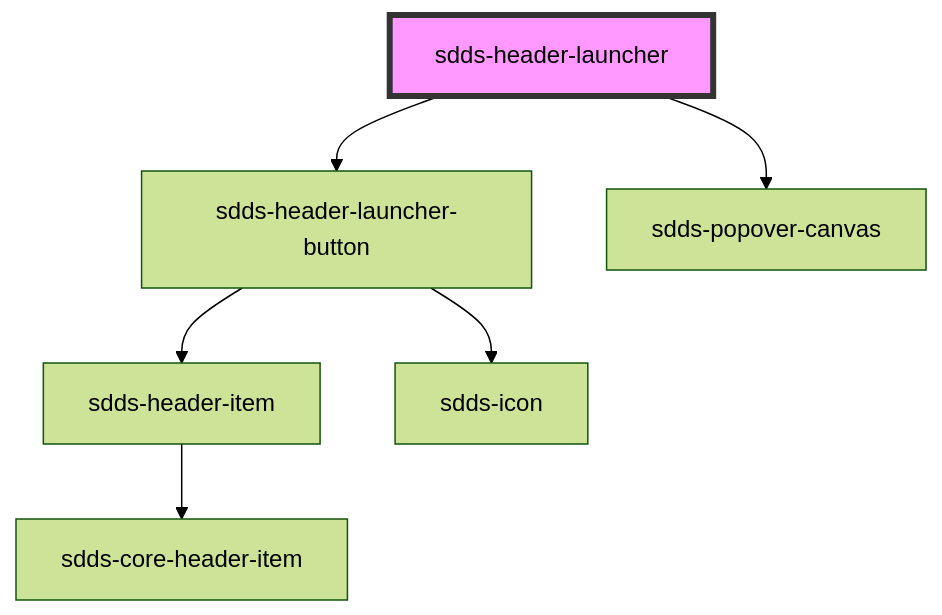
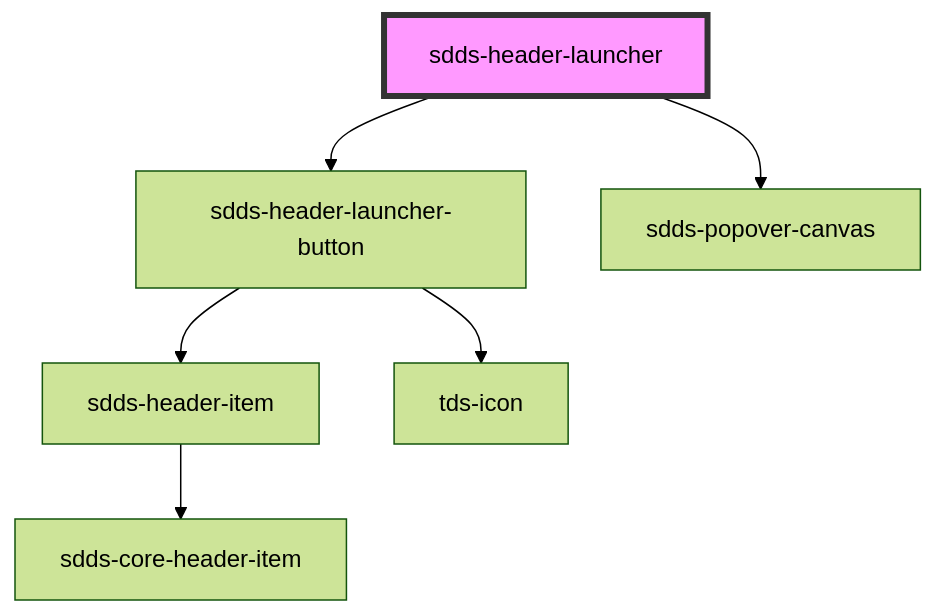
Before and after one commit to scania-digital-design-system/tegel: the diagram in core/src/components/header/webcomponent/header-launcher/readme.md, drawn with Mermaid (forest theme). The commit also changed 71 other files, not shown here.

````diff
--- a/core/src/components/header/webcomponent/header-launcher/readme.md
+++ b/core/src/components/header/webcomponent/header-launcher/readme.md
@@ -19,9 +19,9 @@
 ```mermaid
 graph TD;
   sdds-header-launcher --> sdds-header-launcher-button
   sdds-header-launcher --> sdds-popover-canvas
   sdds-header-launcher-button --> sdds-header-item
-  sdds-header-launcher-button --> sdds-icon
+  sdds-header-launcher-button --> tds-icon
   sdds-header-item --> sdds-core-header-item
   style sdds-header-launcher fill:#f9f,stroke:#333,stroke-width:4px
 ```
````
